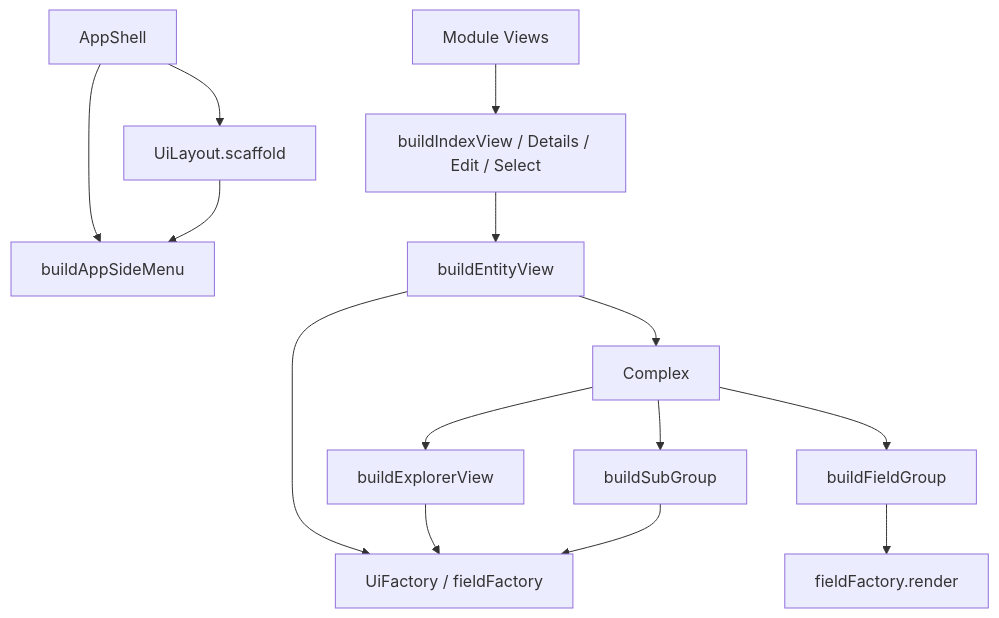
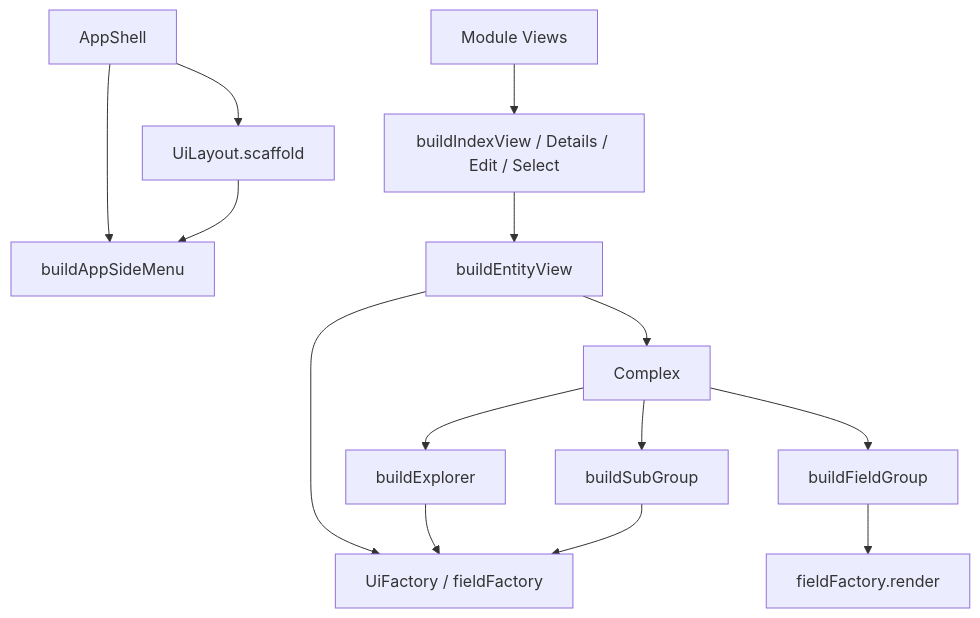
The diagram in packages/core/docs/ui/ui_four_roles_design.md (Roy7611/mmda-vue), drawn with Mermaid before and after one commit. The commit also changed other lines of this file and 105 other files, not shown here.

Commit message:
重构build三视图，过滤器，字体大小设置

````diff
--- a/packages/core/docs/ui/ui_four_roles_design.md
+++ b/packages/core/docs/ui/ui_four_roles_design.md
@@ -32,20 +32,20 @@
 ```mermaid
 flowchart TB
   app[AppShell]
   mod[Module Views]
   cx[Complex]
   fact[UiFactory / fieldFactory]
   app --> layoutApp[UiLayout.scaffold]
   app --> side[buildAppSideMenu]
   layoutApp --> side
   mod --> named["buildIndexView / Details / Edit / Select"]
   named --> entity[buildEntityView]
   entity --> cx
   entity --> fact
-  cx --> ex[buildExplorerView]
+  cx --> ex[buildExplorer]
   cx --> grp[buildFieldGroup]
   cx --> sub[buildSubGroup]
   ex --> fact
   grp --> fld[fieldFactory.render]
   sub --> fact
 ```
````
